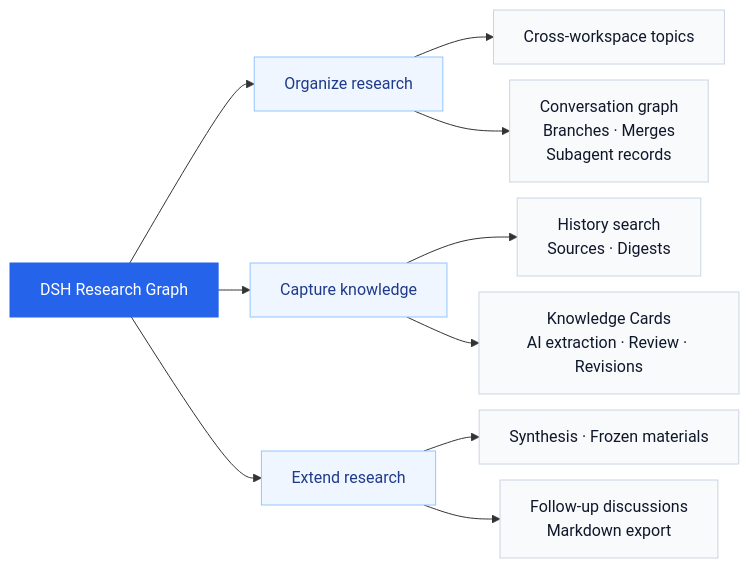
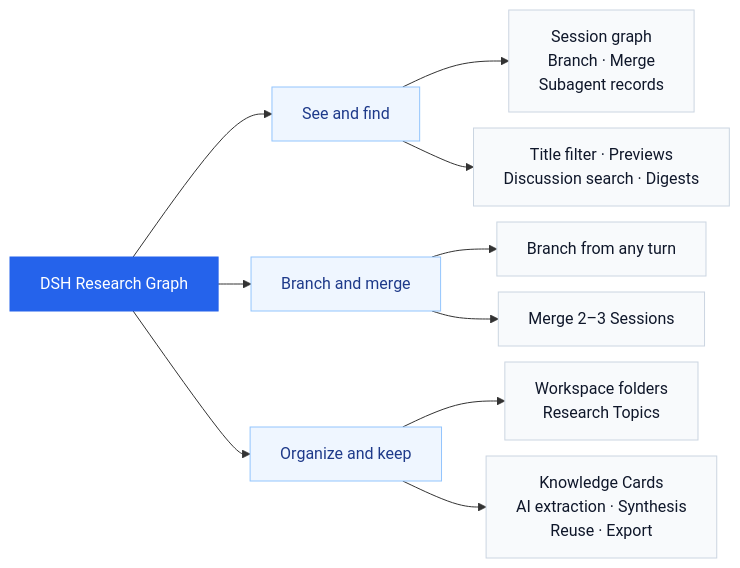
One commit to benz-ai-x/dsh-research-graph changed the diagram in README.md. Above: the diagram before and after it, drawn with Mermaid. The commit also changed other lines of this file and 2 other files, not shown here.

First line of the commit message:
docs: re-narrate READMEs around finding, branching, and merging Sessions

````diff
--- a/README.md
+++ b/README.md
@@ -25,19 +26,19 @@
 ```mermaid
 ---
 config:
   flowchart:
     nodeSpacing: 16
     rankSpacing: 32
 ---
 flowchart LR
-  G["DSH Research Graph"] --> O["Organize research"] & K["Capture knowledge"] & R["Extend research"]
-  O --> O1["Cross-workspace topics"] & O2["Conversation graph<br/>Branches · Merges<br/>Subagent records"]
-  K --> K1["History search<br/>Sources · Digests"] & K2["Knowledge Cards<br/>AI extraction · Review · Revisions"]
-  R --> R1["Synthesis · Frozen materials"] & R2["Follow-up discussions<br/>Markdown export"]
+  G["DSH Research Graph"] --> S["See and find"] & B["Branch and merge"] & K["Organize and keep"]
+  S --> S1["Session graph<br/>Branch · Merge<br/>Subagent records"] & S2["Title filter · Previews<br/>Discussion search · Digests"]
+  B --> B1["Branch from any turn"] & B2["Merge 2–3 Sessions"]
+  K --> K1["Workspace folders<br/>Research Topics"] & K2["Knowledge Cards<br/>AI extraction · Synthesis<br/>Reuse · Export"]
   classDef brand fill:#2563eb,stroke:#2563eb,color:#fff
   classDef group fill:#eff6ff,stroke:#93c5fd,color:#1e3a8a
   classDef feature fill:#f8fafc,stroke:#cbd5e1,color:#0f172a
   class G brand
-  class O,K,R group
-  class O1,O2,K1,K2,R1,R2 feature
+  class S,B,K group
+  class S1,S2,B1,B2,K1,K2 feature
 ```
````
